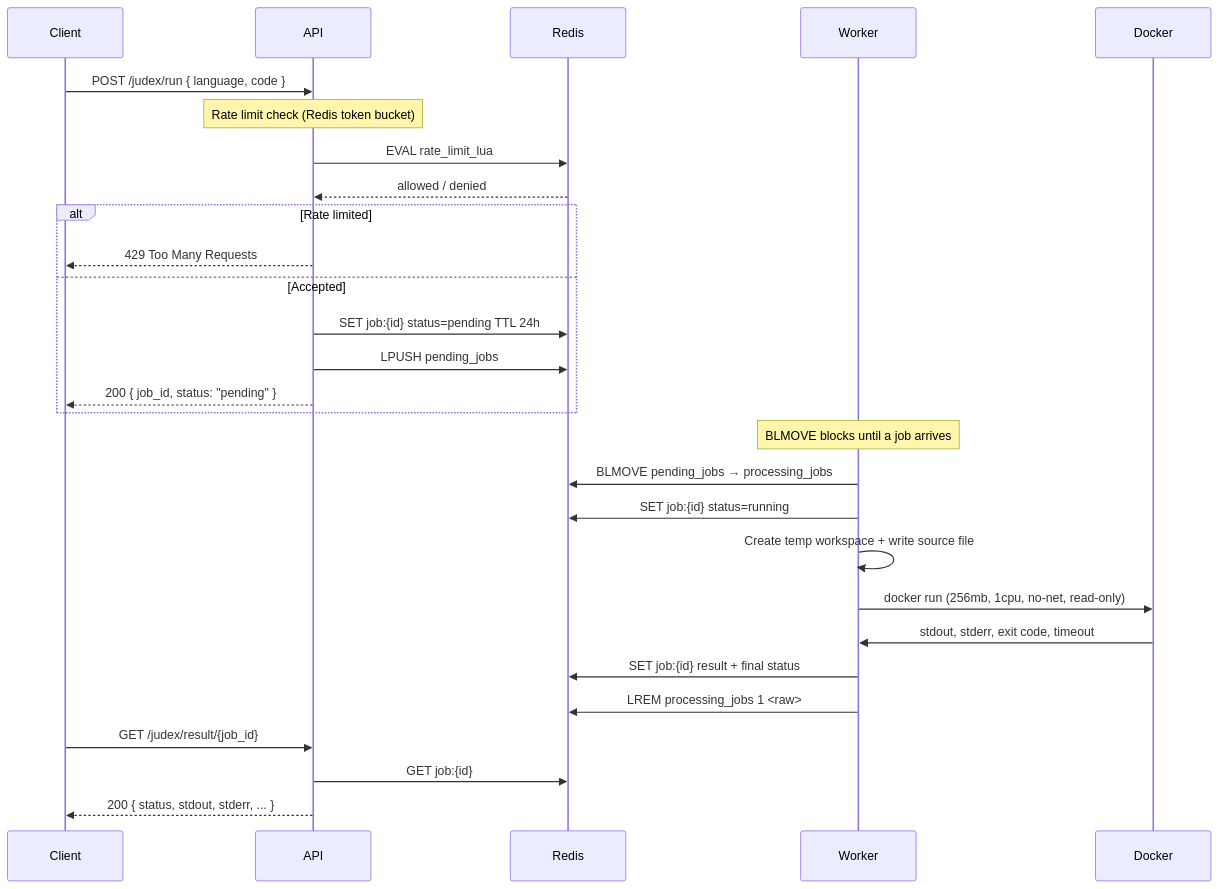
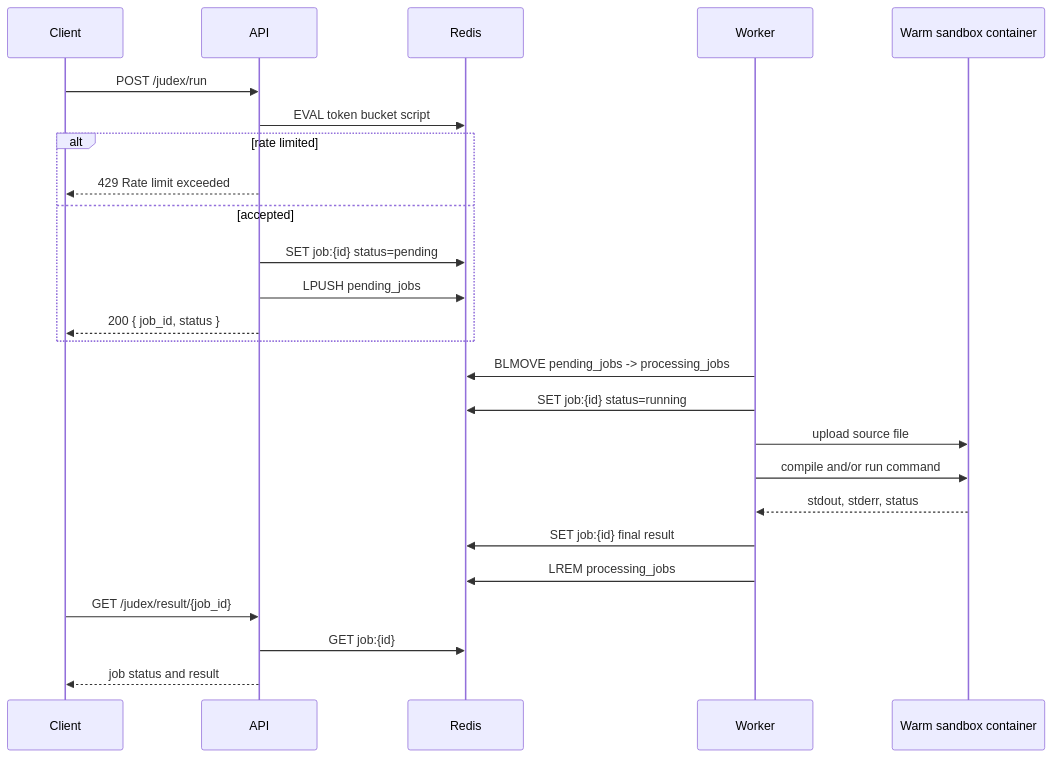
Before and after one commit to Dharshan2208/judex: the second of 2 diagrams in README.md, drawn with Mermaid. The commit also changed other lines of this file, not shown here.

````diff
--- a/README.md
+++ b/README.md
@@ -59,37 +84,31 @@
 ```mermaid
 sequenceDiagram
     participant Client
     participant API
     participant Redis
     participant Worker
-    participant Docker
+    participant Sandbox as Warm sandbox container
 
-    Client->>API: POST /judex/run { language, code }
+    Client->>API: POST /judex/run
+    API->>Redis: EVAL token bucket script
 
-    Note over API: Rate limit check (Redis token bucket)
-    API->>Redis: EVAL rate_limit_lua
-    Redis-->>API: allowed / denied
-
-    alt Rate limited
-        API-->>Client: 429 Too Many Requests
-    else Accepted
-        API->>Redis: SET job:{id} status=pending TTL 24h
+    alt rate limited
+        API-->>Client: 429 Rate limit exceeded
+    else accepted
+        API->>Redis: SET job:{id} status=pending
         API->>Redis: LPUSH pending_jobs
-        API-->>Client: 200 { job_id, status: "pending" }
+        API-->>Client: 200 { job_id, status }
     end
 
-    Note over Worker: BLMOVE blocks until a job arrives
-    Worker->>Redis: BLMOVE pending_jobs → processing_jobs
+    Worker->>Redis: BLMOVE pending_jobs -> processing_jobs
     Worker->>Redis: SET job:{id} status=running
-
-    Worker->>Worker: Create temp workspace + write source file
-    Worker->>Docker: docker run (256mb, 1cpu, no-net, read-only)
-
-    Docker->>Worker: stdout, stderr, exit code, timeout
-    Worker->>Redis: SET job:{id} result + final status
-    Worker->>Redis: LREM processing_jobs 1 <raw>
+    Worker->>Sandbox: upload source file
+    Worker->>Sandbox: compile and/or run command
+    Sandbox-->>Worker: stdout, stderr, status
+    Worker->>Redis: SET job:{id} final result
+    Worker->>Redis: LREM processing_jobs
 
     Client->>API: GET /judex/result/{job_id}
     API->>Redis: GET job:{id}
-    API-->>Client: 200 { status, stdout, stderr, ... }
+    API-->>Client: job status and result
 ```
````
